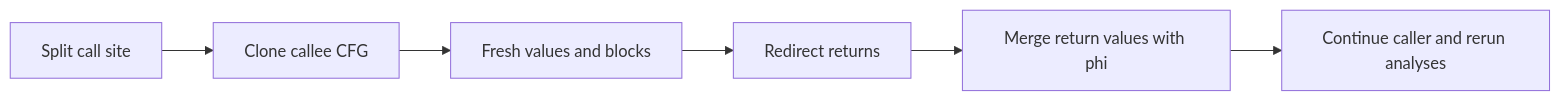
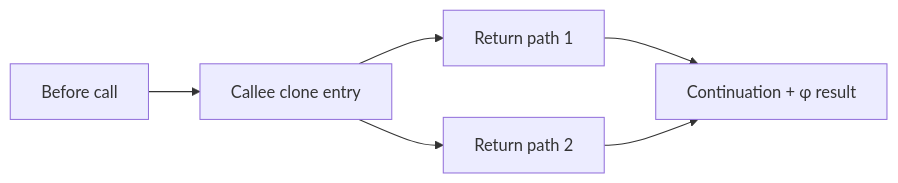
Before and after one commit to Misha1302/Middle-end-compiler-cource: the diagram in docs/modules/11-inlining.md, drawn with Mermaid. The commit also changed other lines of this file and 47 other files, not shown here.

````diff
--- a/docs/modules/11-inlining.md
+++ b/docs/modules/11-inlining.md
@@ -107,8 +29,8 @@
 ```mermaid
 flowchart LR
-    CALL[Split call site] --> CLONE[Clone callee CFG]
-    CLONE --> RENAME[Fresh values and blocks]
-    RENAME --> RETURNS[Redirect returns]
-    RETURNS --> MERGE[Merge return values with phi]
-    MERGE --> CONT[Continue caller and rerun analyses]
+  BEFORE[Before call] --> ENTRY[Callee clone entry]
+  ENTRY --> R1[Return path 1]
+  ENTRY --> R2[Return path 2]
+  R1 --> CONT[Continuation + φ result]
+  R2 --> CONT
 ```
````
